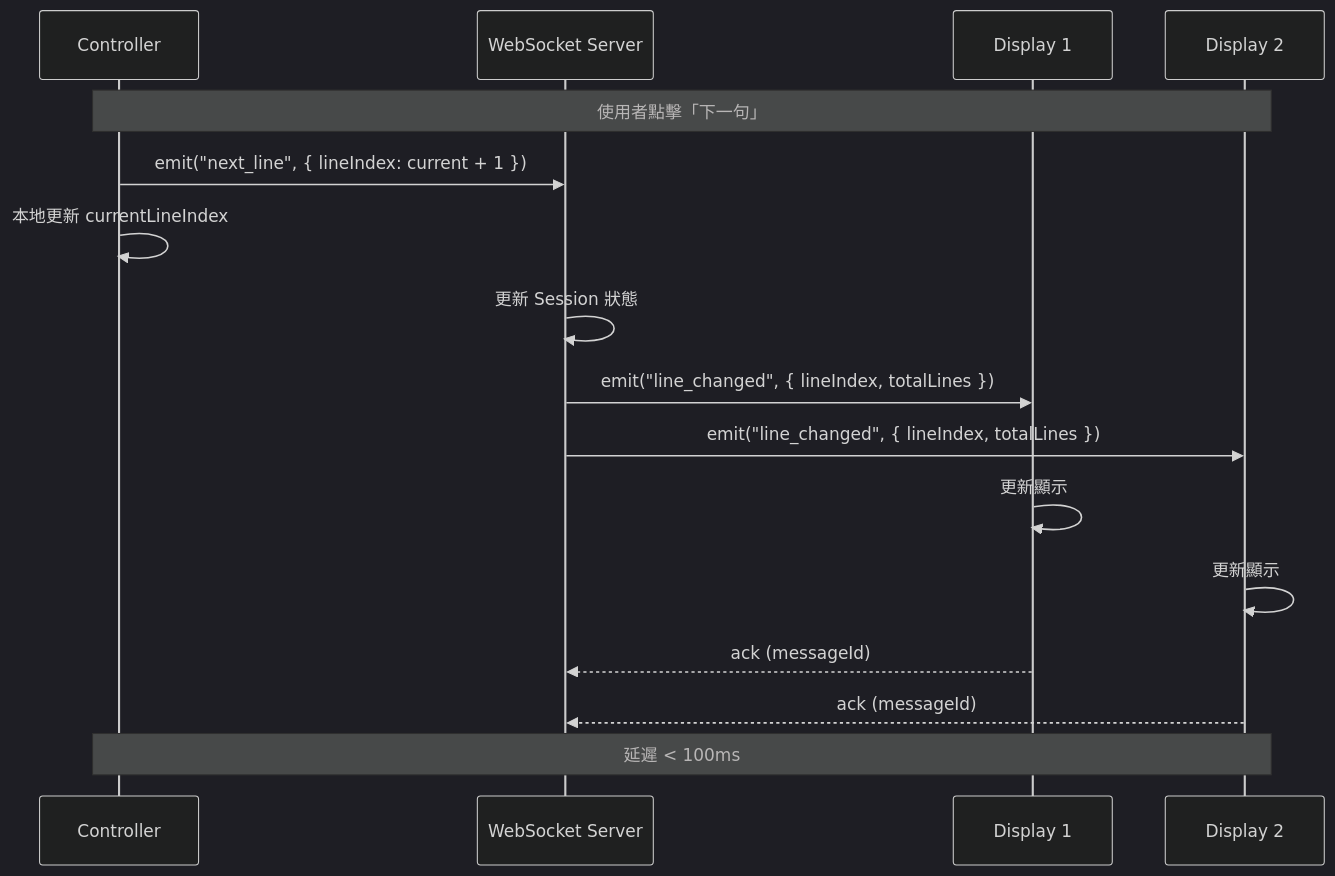
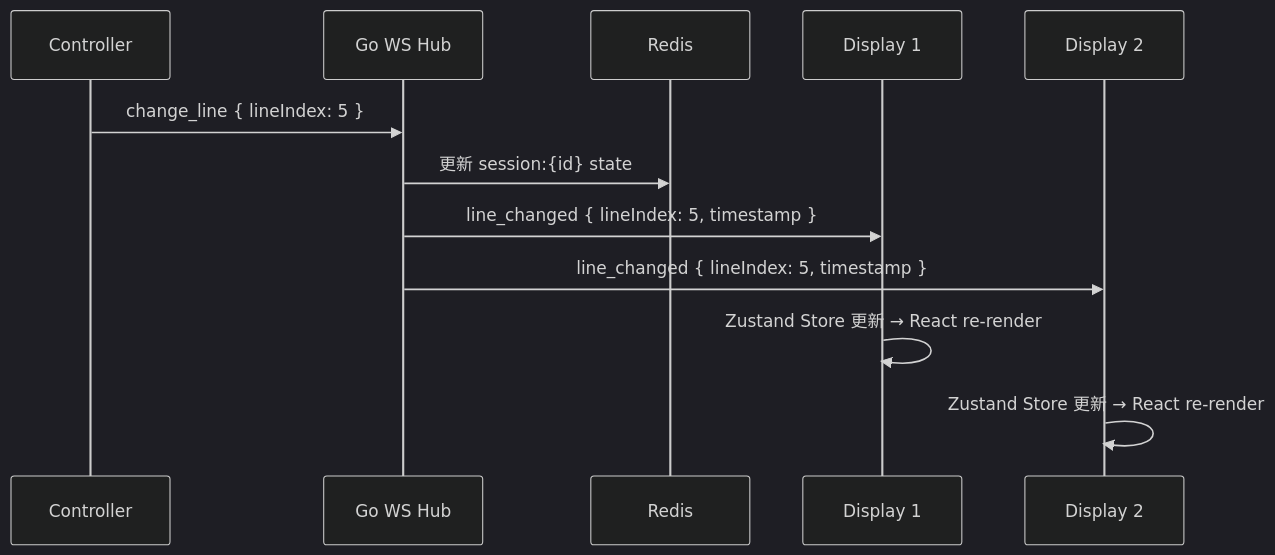
One commit to pxdim/ly-lyrics changed the diagram in docs/spec/architecture.md. Above: the diagram before and after it, drawn with Mermaid (dark theme). The commit also changed other lines of this file and 7 other files, not shown here.

First line of the commit message:
docs: comprehensive documentation overhaul reflecting current Go + Next.js architecture

````diff
--- a/docs/spec/architecture.md
+++ b/docs/spec/architecture.md
@@ -221,24 +228,15 @@
 ```mermaid
 sequenceDiagram
     participant C as Controller
-    participant W as WebSocket Server
+    participant H as Go WS Hub
+    participant R as Redis
     participant D1 as Display 1
     participant D2 as Display 2
 
-    Note over C,D2: 使用者點擊「下一句」
-
-    C->>W: emit("next_line", { lineIndex: current + 1 })
-    C->>C: 本地更新 currentLineIndex
-
-    W->>W: 更新 Session 狀態
-    W->>D1: emit("line_changed", { lineIndex, totalLines })
-    W->>D2: emit("line_changed", { lineIndex, totalLines })
-
-    D1->>D1: 更新顯示
-    D2->>D2: 更新顯示
-
-    D1-->>W: ack (messageId)
-    D2-->>W: ack (messageId)
-
-    Note over C,D2: 延遲 < 100ms
+    C->>H: change_line { lineIndex: 5 }
+    H->>R: 更新 session:{id} state
+    H->>D1: line_changed { lineIndex: 5, timestamp }
+    H->>D2: line_changed { lineIndex: 5, timestamp }
+    D1->>D1: Zustand Store 更新 → React re-render
+    D2->>D2: Zustand Store 更新 → React re-render
 ```
````
